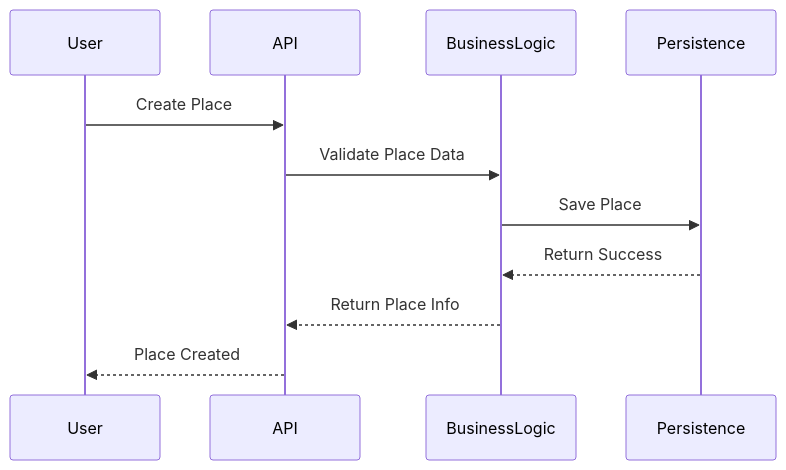
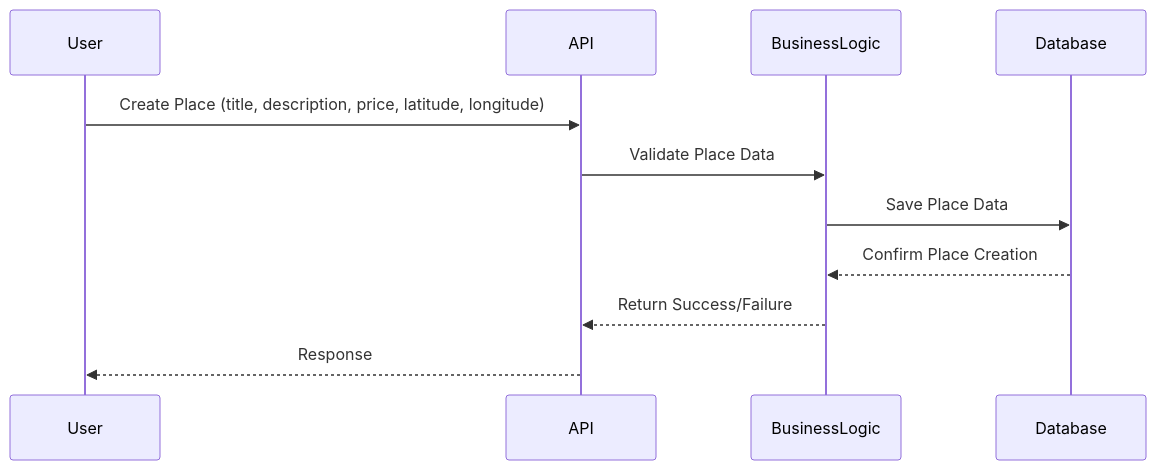
Before and after one commit to SDINAHET/HBnB: the fourth of 6 diagrams in Part1_UML/README.md, drawn with Mermaid. The commit also changed other lines of this file and 1 other file, not shown here.

````diff
--- a/Part1_UML/README.md
+++ b/Part1_UML/README.md
@@ -120,14 +155,14 @@
 ```mermaid
 sequenceDiagram
-	participant User
-	participant API
-	participant BusinessLogic
-	participant Persistence
+participant User
+participant API
+participant BusinessLogic
+participant Database
 
-	User->>API: Create Place
-	API->>BusinessLogic: Validate Place Data
-	BusinessLogic->>Persistence: Save Place
-	Persistence-->>BusinessLogic: Return Success
-	BusinessLogic-->>API: Return Place Info
-	API-->>User: Place Created
+User->>API: Create Place (title, description, price, latitude, longitude)
+API->>BusinessLogic: Validate Place Data
+BusinessLogic->>Database: Save Place Data
+Database-->>BusinessLogic: Confirm Place Creation
+BusinessLogic-->>API: Return Success/Failure
+API-->>User: Response
 ```
````
